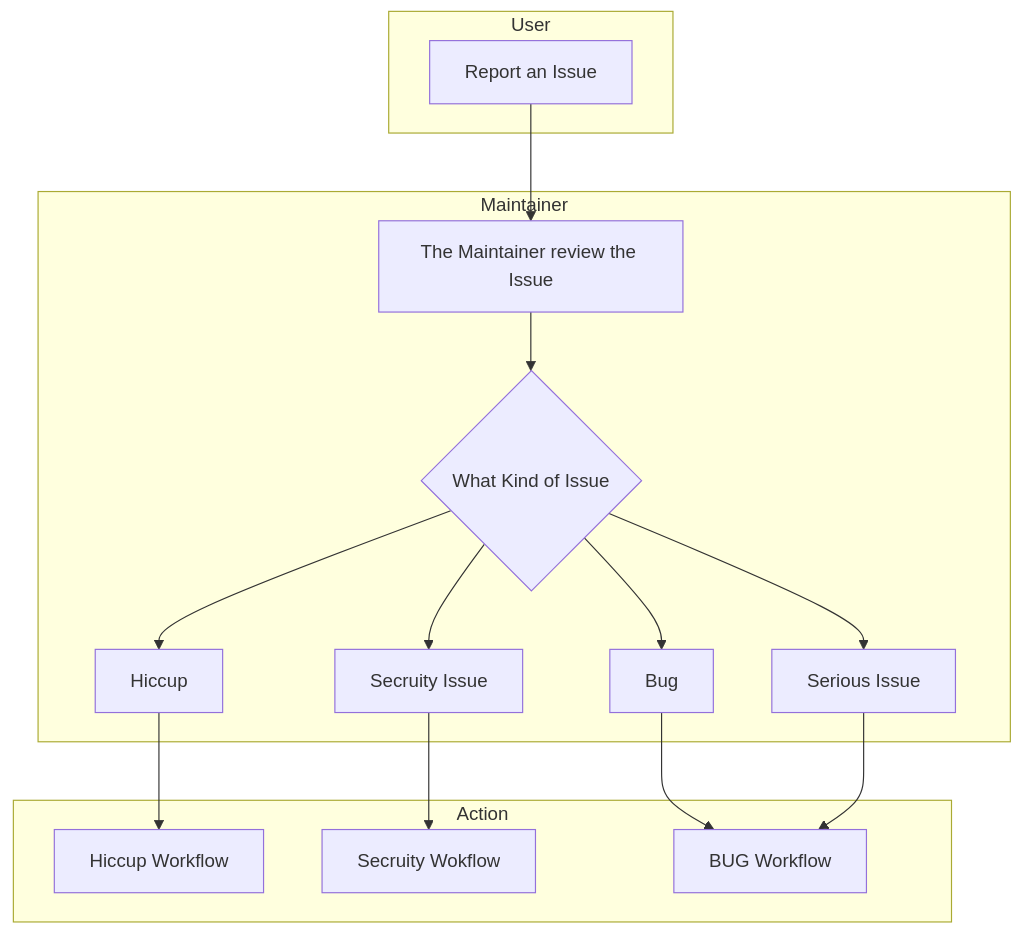
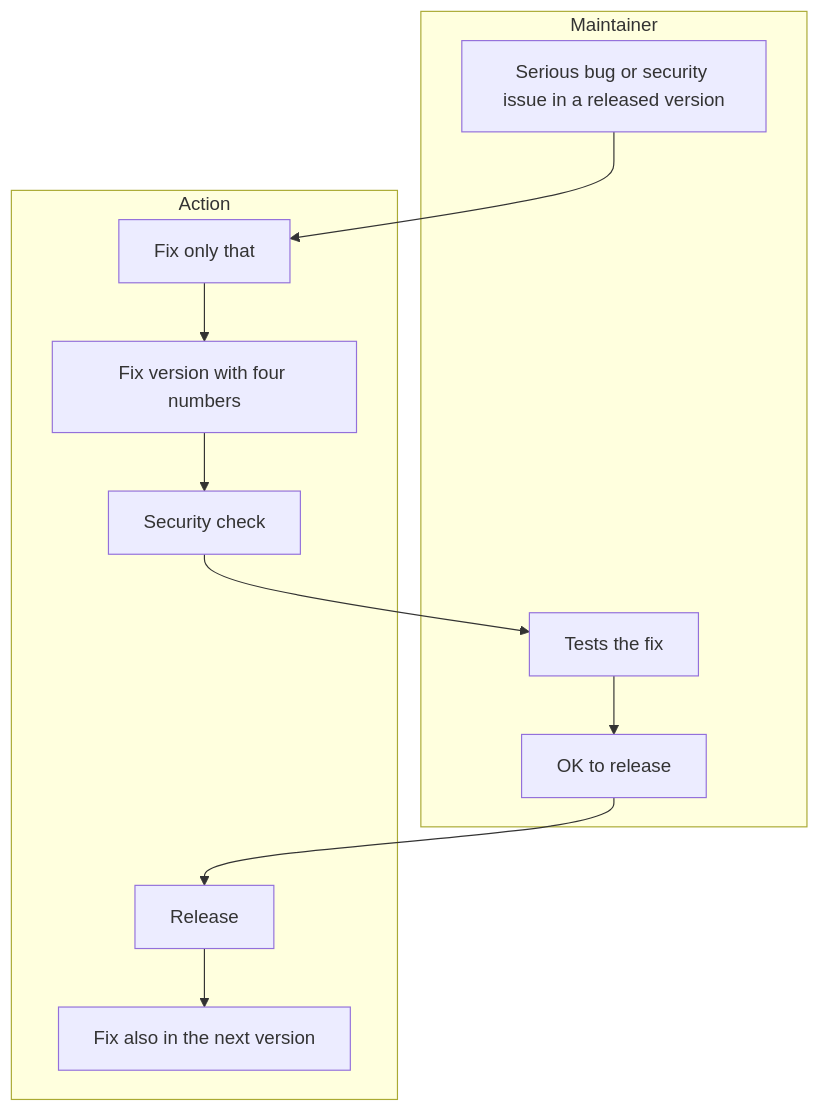
Before and after one commit to GFGMNET/Workspace: the diagram in docs/URGENT-FIX-WORKFLOW.md, drawn with Mermaid. The commit also changed other lines of this file and 10 other files, not shown here.

First line of the commit message:
Workflows in one style: lanes User / Maintainer / Action, short boxes, details as text; new start page ISSUE-WORKFLOW

````diff
--- a/docs/URGENT-FIX-WORKFLOW.md
+++ b/docs/URGENT-FIX-WORKFLOW.md
@@ -6,31 +5,16 @@
 ```mermaid
 flowchart TD
- subgraph User
-  BUG[Report an Issue]
- end
  subgraph Maintainer
-  RM[The Maintainer review the Issue]
-  WIF{What Kind of Issue}
-  SEC[Secruity Issue]
-  DEA[Serious Issue]
-  BUN[Bug]
-  HIC[Hiccup]
+  M1[Serious bug or security issue in a released version]
+  M2[Tests the fix]
+  M3[OK to release]
  end
  subgraph Action
-  ADL[Hiccup Workflow]
-  ASW[Secruity Wokflow]
-  ABW[BUG Workflow]
+  A1[Fix only that]
+  A2[Fix version with four numbers]
+  A3[Security check]
+  A4[Release]
+  A5[Fix also in the next version]
  end
- 
- BUG --> RM
- RM --> WIF
- WIF --> SEC
- WIF --> DEA
- WIF --> BUN
- WIF --> HIC
- HIC --> ADL
- BUN --> ABW
- DEA --> ABW
- SEC --> ASW
- 
+ M1 --> A1 --> A2 --> A3 --> M2 --> M3 --> A4 --> A5
 ```
````
